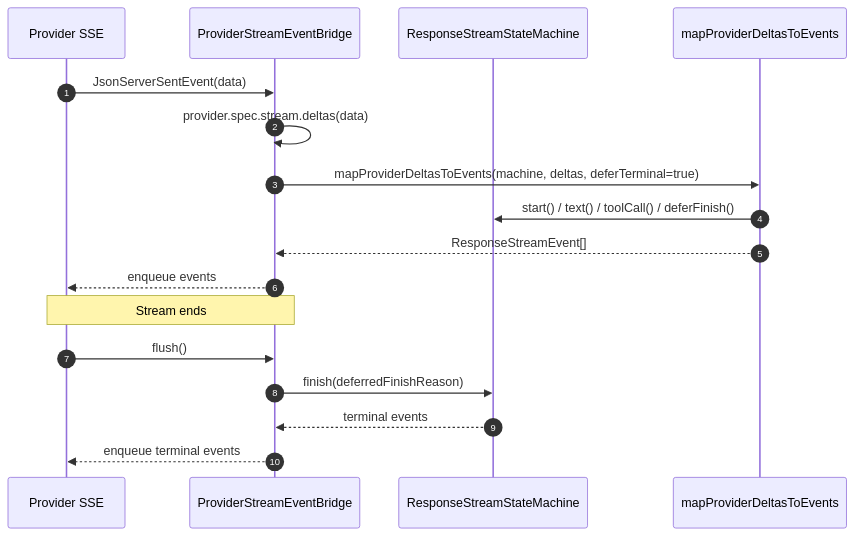
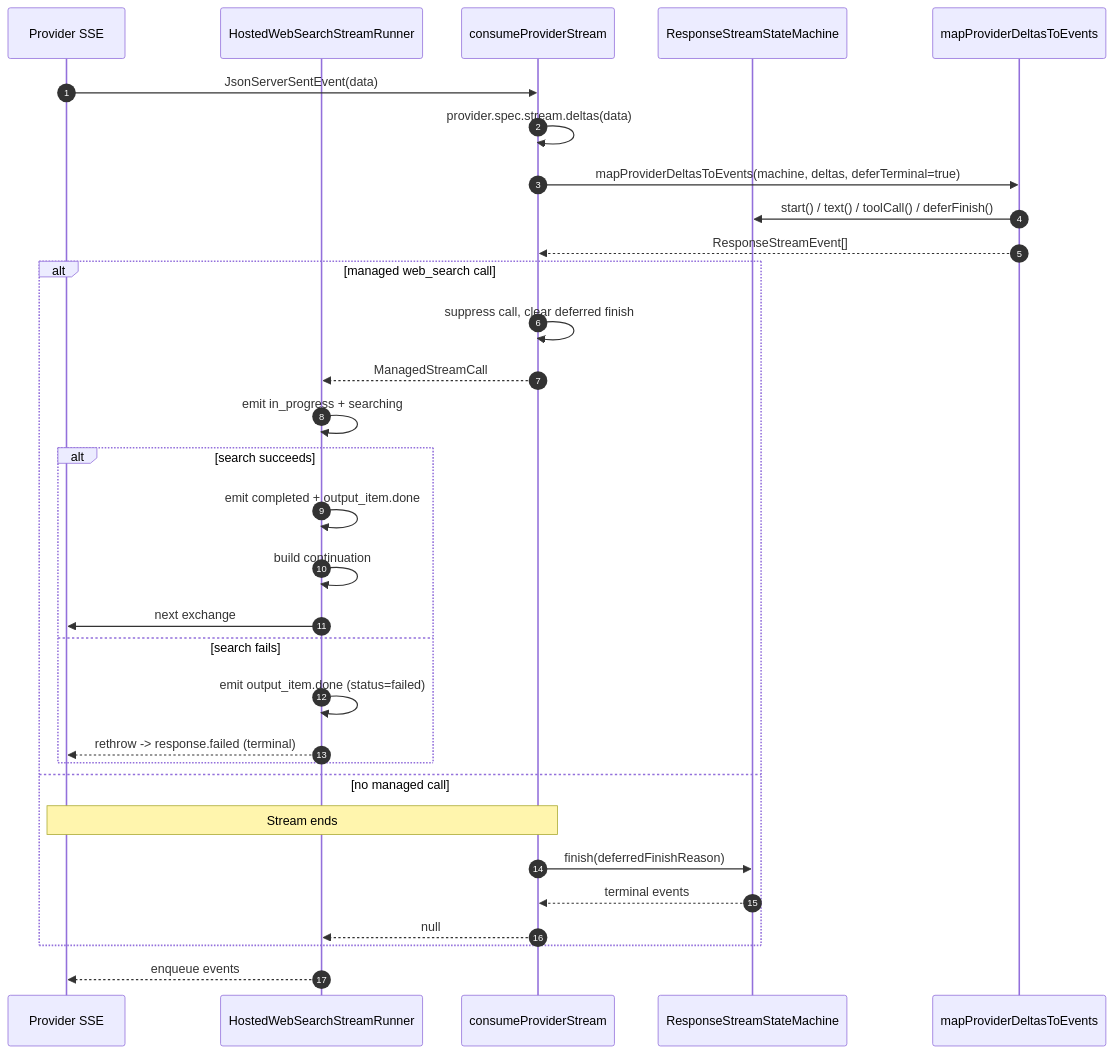
The second of 3 diagrams in wiki/02-architecture/streaming-pipeline.md (Ahoo-Wang/GodeX), drawn with Mermaid before and after one commit. The commit also changed other lines of this file and 70 other files, not shown here.

````diff
--- a/wiki/02-architecture/streaming-pipeline.md
+++ b/wiki/02-architecture/streaming-pipeline.md
@@ -77,21 +89,35 @@
 ```mermaid
 sequenceDiagram
     autonumber
     participant SSE as Provider SSE
-    participant B as ProviderStreamEventBridge
+    participant R as HostedWebSearchStreamRunner
+    participant C as consumeProviderStream
     participant M as ResponseStreamStateMachine
     participant D as mapProviderDeltasToEvents
 
-    SSE->>B: JsonServerSentEvent(data)
-    B->>B: provider.spec.stream.deltas(data)
-    B->>D: mapProviderDeltasToEvents(machine, deltas, deferTerminal=true)
+    SSE->>C: JsonServerSentEvent(data)
+    C->>C: provider.spec.stream.deltas(data)
+    C->>D: mapProviderDeltasToEvents(machine, deltas, deferTerminal=true)
     D->>M: start() / text() / toolCall() / deferFinish()
-    D-->>B: ResponseStreamEvent[]
-    B-->>SSE: enqueue events
+    D-->>C: ResponseStreamEvent[]
 
-    Note over SSE,B: Stream ends
-    SSE->>B: flush()
-    B->>M: finish(deferredFinishReason)
-    M-->>B: terminal events
-    B-->>SSE: enqueue terminal events
+    alt managed web_search call
+        C->>C: suppress call, clear deferred finish
+        C-->>R: ManagedStreamCall
+        R->>R: emit in_progress + searching
+        alt search succeeds
+            R->>R: emit completed + output_item.done
+            R->>R: build continuation
+            R->>SSE: next exchange
+        else search fails
+            R->>R: emit output_item.done (status=failed)
+            R-->>SSE: rethrow -> response.failed (terminal)
+        end
+    else no managed call
+        Note over SSE,C: Stream ends
+        C->>M: finish(deferredFinishReason)
+        M-->>C: terminal events
+        C-->>R: null
+    end
+    R-->>SSE: enqueue events
 ```
````
